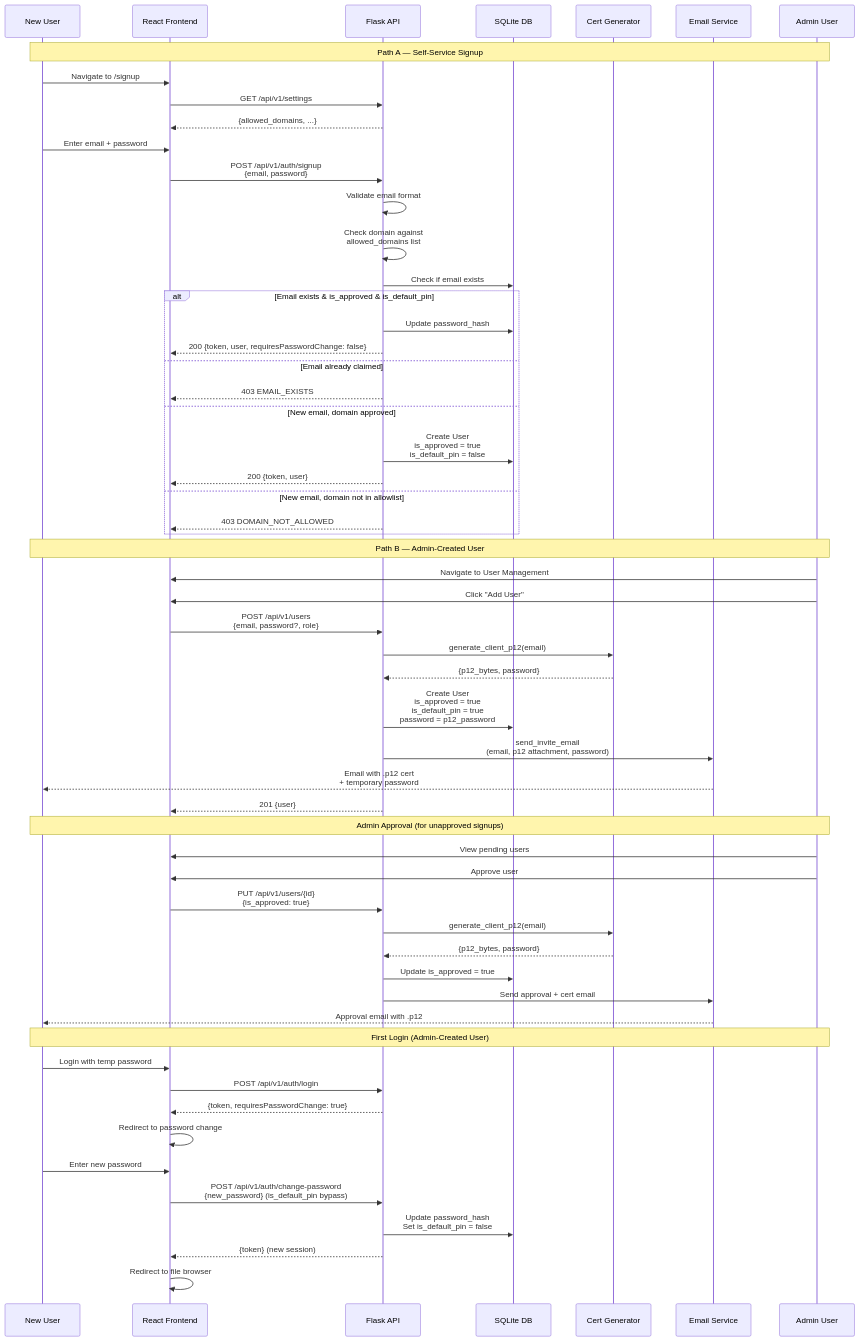
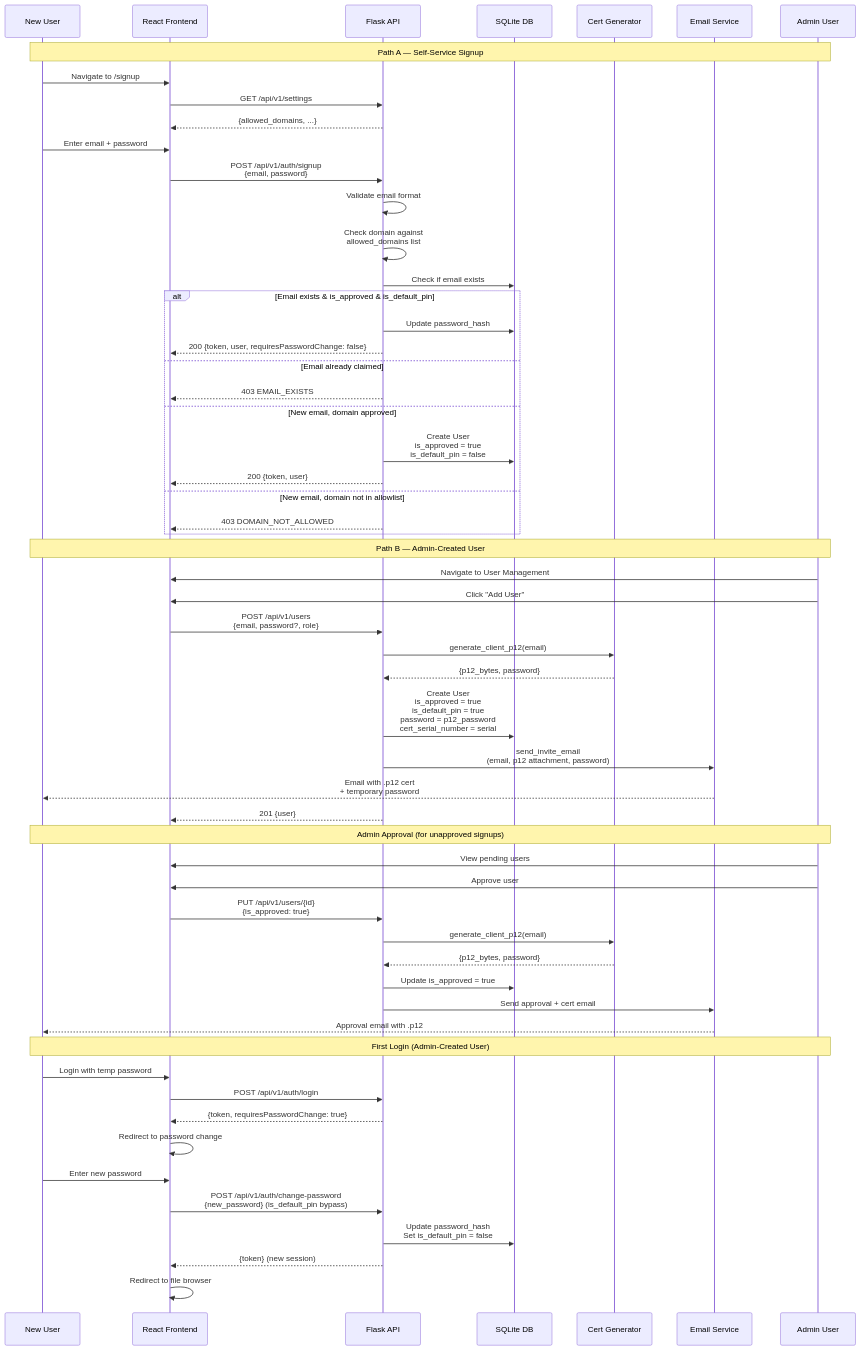
Before and after one commit to andreas-04/thumbs-up: the diagram in docs/diagrams/07-user-onboarding.mmd, drawn with Mermaid. The commit also changed 9 other files, not shown here.

Commit message:
docs: Update architecture and diagrams for new log collector and cert revokation features

```diff
--- a/docs/diagrams/07-user-onboarding.mmd
+++ b/docs/diagrams/07-user-onboarding.mmd
@@ -1,63 +1,63 @@
 sequenceDiagram
     participant User as New User
     participant FE as React Frontend
     participant API as Flask API
     participant DB as SQLite DB
     participant CertGen as Cert Generator
     participant Email as Email Service
     participant Admin as Admin User
 
     Note over User,Admin: Path A — Self-Service Signup
     User->>FE: Navigate to /signup
     FE->>API: GET /api/v1/settings
     API-->>FE: {allowed_domains, ...}
     User->>FE: Enter email + password
     FE->>API: POST /api/v1/auth/signup<br/>{email, password}
 
     API->>API: Validate email format
     API->>API: Check domain against<br/>allowed_domains list
     API->>DB: Check if email exists
 
     alt Email exists & is_approved & is_default_pin
         API->>DB: Update password_hash
         API-->>FE: 200 {token, user, requiresPasswordChange: false}
     else Email already claimed
         API-->>FE: 403 EMAIL_EXISTS
     else New email, domain approved
         API->>DB: Create User<br/>is_approved = true<br/>is_default_pin = false
         API-->>FE: 200 {token, user}
     else New email, domain not in allowlist
         API-->>FE: 403 DOMAIN_NOT_ALLOWED
     end
 
     Note over User,Admin: Path B — Admin-Created User
     Admin->>FE: Navigate to User Management
     Admin->>FE: Click "Add User"
     FE->>API: POST /api/v1/users<br/>{email, password?, role}
     API->>CertGen: generate_client_p12(email)
     CertGen-->>API: {p12_bytes, password}
-    API->>DB: Create User<br/>is_approved = true<br/>is_default_pin = true<br/>password = p12_password
+    API->>DB: Create User<br/>is_approved = true<br/>is_default_pin = true<br/>password = p12_password<br/>cert_serial_number = serial
     API->>Email: send_invite_email<br/>(email, p12 attachment, password)
     Email-->>User: Email with .p12 cert<br/>+ temporary password
     API-->>FE: 201 {user}
 
     Note over User,Admin: Admin Approval (for unapproved signups)
     Admin->>FE: View pending users
     Admin->>FE: Approve user
     FE->>API: PUT /api/v1/users/{id}<br/>{is_approved: true}
     API->>CertGen: generate_client_p12(email)
     CertGen-->>API: {p12_bytes, password}
     API->>DB: Update is_approved = true
     API->>Email: Send approval + cert email
     Email-->>User: Approval email with .p12
 
     Note over User,Admin: First Login (Admin-Created User)
     User->>FE: Login with temp password
     FE->>API: POST /api/v1/auth/login
     API-->>FE: {token, requiresPasswordChange: true}
     FE->>FE: Redirect to password change
     User->>FE: Enter new password
     FE->>API: POST /api/v1/auth/change-password<br/>{new_password} (is_default_pin bypass)
     API->>DB: Update password_hash<br/>Set is_default_pin = false
     API-->>FE: {token} (new session)
     FE->>FE: Redirect to file browser
```
